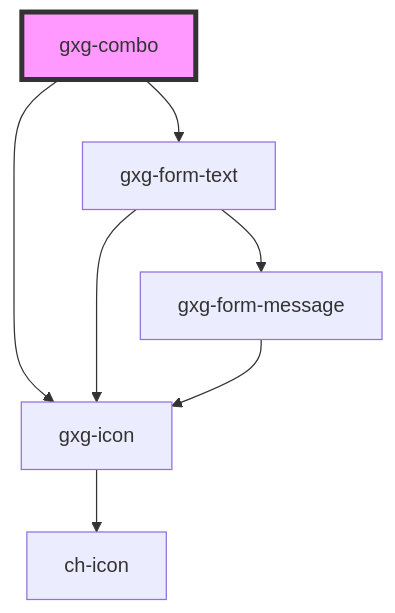
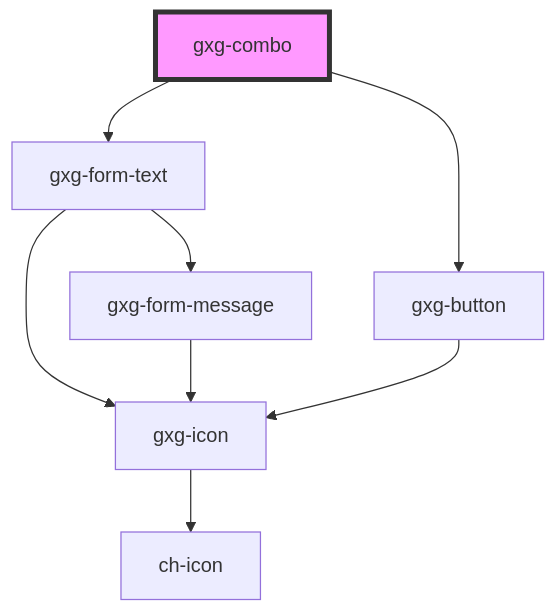
The diagram in src/components/combo/readme.md (genexuslabs/gemini), drawn with Mermaid before and after one commit. The commit also changed other lines of this file and 10 other files, not shown here.

````diff
--- a/src/components/combo/readme.md
+++ b/src/components/combo/readme.md
@@ -35,10 +35,11 @@
 ```mermaid
 graph TD;
   gxg-combo --> gxg-form-text
-  gxg-combo --> gxg-icon
+  gxg-combo --> gxg-button
   gxg-form-text --> gxg-icon
   gxg-form-text --> gxg-form-message
   gxg-icon --> ch-icon
   gxg-form-message --> gxg-icon
+  gxg-button --> gxg-icon
   style gxg-combo fill:#f9f,stroke:#333,stroke-width:4px
 ```
````
